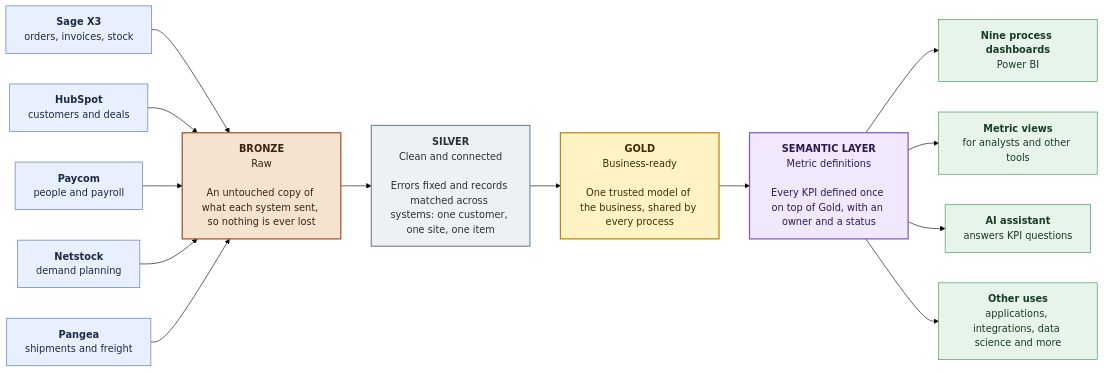
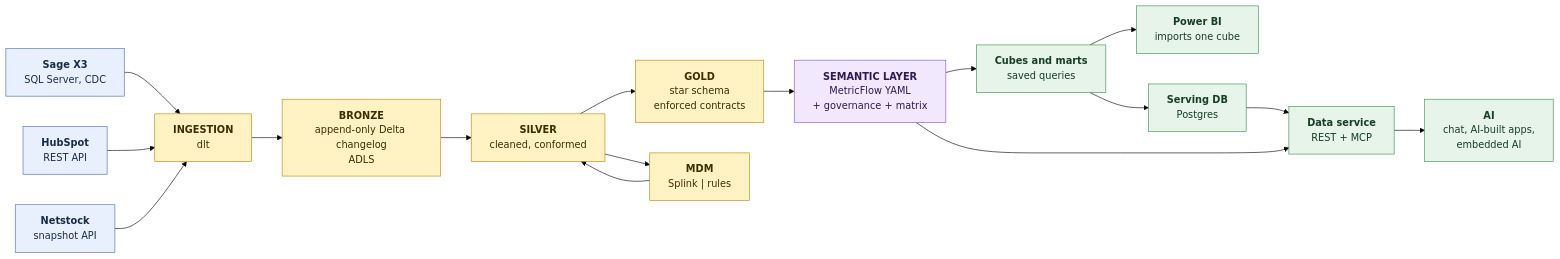
The diagram in docs/architecture.md (patrickmhaney/bgr_control_tower), drawn with Mermaid (forest theme) before and after one commit. The commit also changed other lines of this file and 447 other files, not shown here.

````diff
--- a/docs/architecture.md
+++ b/docs/architecture.md
@@ -5,35 +12,34 @@
 ```mermaid
 flowchart LR
-    x3["<b>Sage X3</b><br/>orders, invoices, stock"]
-    hs["<b>HubSpot</b><br/>customers and deals"]
-    pc["<b>Paycom</b><br/>people and payroll"]
-    ns["<b>Netstock</b><br/>demand planning"]
-    pg["<b>Pangea</b><br/>shipments and freight"]
+    x3["<b>Sage X3</b><br/>SQL Server, CDC"]
+    hs["<b>HubSpot</b><br/>REST API"]
+    ns["<b>Netstock</b><br/>snapshot API"]
 
-    bronze["<b>BRONZE</b><br/>Raw<br/><br/>An untouched copy of what each system sent, so nothing is ever lost"]
-    silver["<b>SILVER</b><br/>Clean and connected<br/><br/>Errors fixed and records matched across systems: one customer, one site, one item"]
-    gold["<b>GOLD</b><br/>Business-ready<br/><br/>One trusted model of the business, shared by every process"]
-    sem["<b>SEMANTIC LAYER</b><br/>Metric definitions<br/><br/>Every KPI defined once on top of Gold, with an owner and a status"]
+    ing["<b>INGESTION</b><br/>dlt"]
+    bronze["<b>BRONZE</b><br/>append-only Delta changelog<br/>ADLS"]
+    silver["<b>SILVER</b><br/>cleaned, conformed"]
+    mdm["<b>MDM</b><br/>Splink | rules"]
+    gold["<b>GOLD</b><br/>star schema<br/>enforced contracts"]
+    sem["<b>SEMANTIC LAYER</b><br/>MetricFlow YAML<br/>+ governance + matrix"]
 
-    dash["<b>Nine process dashboards</b><br/>Power BI"]
-    views["<b>Metric views</b><br/>for analysts and other tools"]
-    ai["<b>AI assistant</b><br/>answers KPI questions"]
-    more["<b>Other uses</b><br/>applications, integrations, data science and more"]
+    pbi["<b>Power BI</b><br/>imports one cube"]
+    marts["<b>Cubes and marts</b><br/>saved queries"]
+    svc["<b>Data service</b><br/>REST + MCP"]
+    pg["<b>Serving DB</b><br/>Postgres"]
+    ai["<b>AI</b><br/>chat, AI-built apps,<br/>embedded AI"]
 
-    x3 & hs & pc & ns & pg --> bronze --> silver --> gold --> sem
-    sem --> dash & views & ai & more
+    x3 & hs & ns --> ing --> bronze --> silver --> gold --> sem
+    silver --> mdm --> silver
+    sem --> marts & svc
+    marts --> pbi
+    marts --> pg --> svc --> ai
 
     classDef src fill:#e8f0fe,stroke:#4a6fa5,color:#1a2b45
-    classDef bronze fill:#f6e3cf,stroke:#a0522d,stroke-width:2px,color:#3b2412
-    classDef silver fill:#eef1f3,stroke:#78909c,stroke-width:2px,color:#263238
-    classDef gold fill:#fff3c4,stroke:#b8860b,stroke-width:2px,color:#3d2e00
-    classDef sem fill:#f1e8fd,stroke:#7e57c2,stroke-width:2px,color:#2e1a4f
+    classDef layer fill:#fff3c4,stroke:#b8860b,color:#3d2e00
+    classDef sem fill:#f1e8fd,stroke:#7e57c2,color:#2e1a4f
     classDef use fill:#e6f4ea,stroke:#3c8d50,color:#173d22
-
-    class x3,hs,pc,ns,pg src
-    class bronze bronze
-    class silver silver
-    class gold gold
+    class x3,hs,ns src
+    class ing,bronze,silver,mdm,gold layer
     class sem sem
-    class dash,views,ai,more use
+    class pbi,marts,svc,pg,ai use
 ```
````
